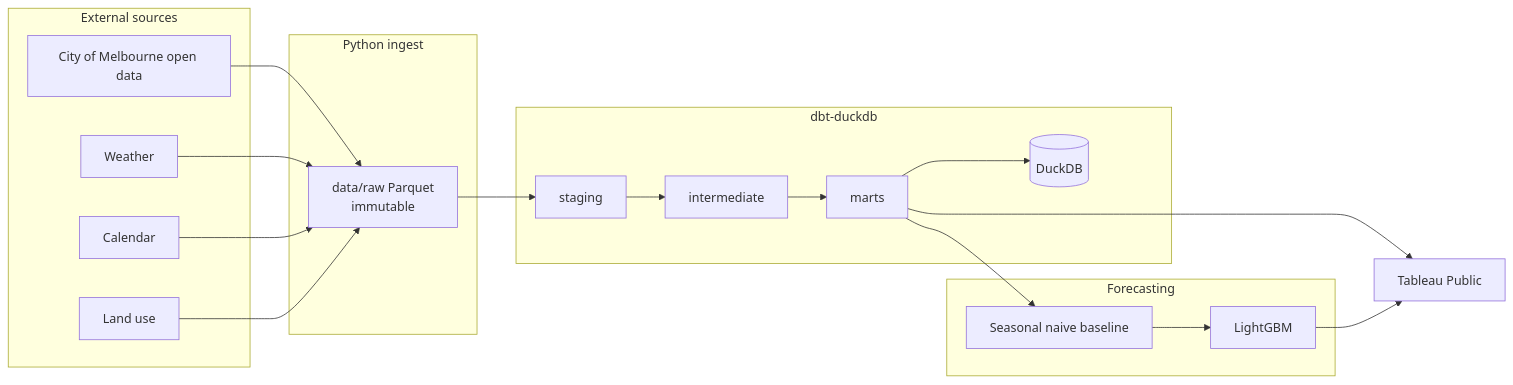
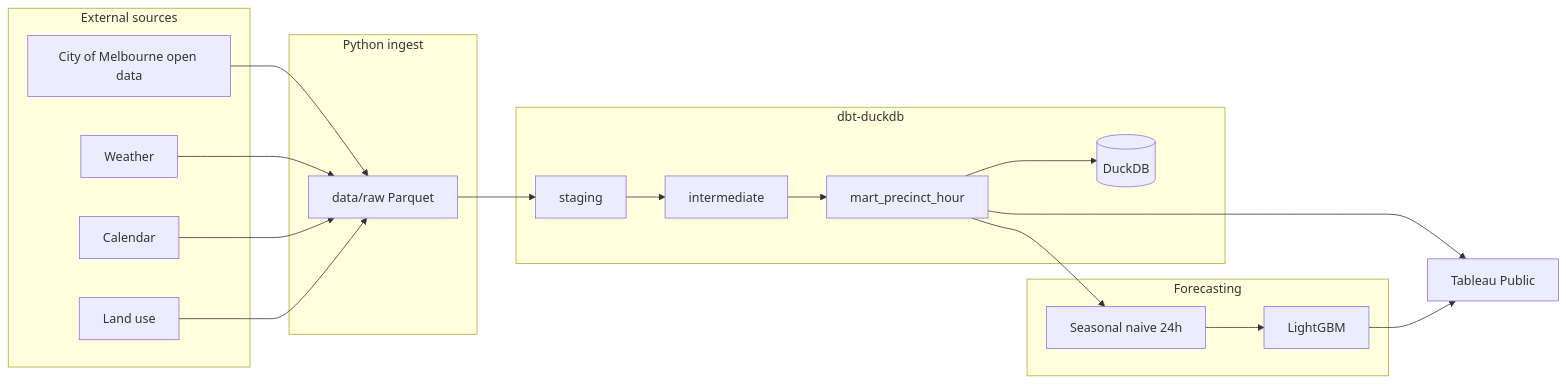
One commit to Vanamali-Sims/howMelbMoves changed the diagram in README.md. Above: the diagram before and after it, drawn with Mermaid. The commit also changed other lines of this file and 5 other files, not shown here.

````diff
--- a/README.md
+++ b/README.md
@@ -34,36 +49,36 @@
 ```mermaid
 flowchart LR
   subgraph external [External sources]
     CoM[City of Melbourne open data]
     Wx[Weather]
     Cal[Calendar]
     LU[Land use]
   end
 
   subgraph ingest [Python ingest]
-    Raw["data/raw Parquet\nimmutable"]
+    Raw["data/raw Parquet"]
   end
 
   subgraph dbtLayer [dbt-duckdb]
     Stg[staging]
     Int[intermediate]
-    Marts[marts]
+    Marts[mart_precinct_hour]
     DB[(DuckDB)]
   end
 
   subgraph ml [Forecasting]
-    Base[Seasonal naive baseline]
+    Base[Seasonal naive 24h]
     LGBM[LightGBM]
   end
 
   Dash[Tableau Public]
 
   CoM --> Raw
   Wx --> Raw
   Cal --> Raw
   LU --> Raw
   Raw --> Stg --> Int --> Marts --> DB
   Marts --> Base --> LGBM
   Marts --> Dash
   LGBM --> Dash
 ```
````
